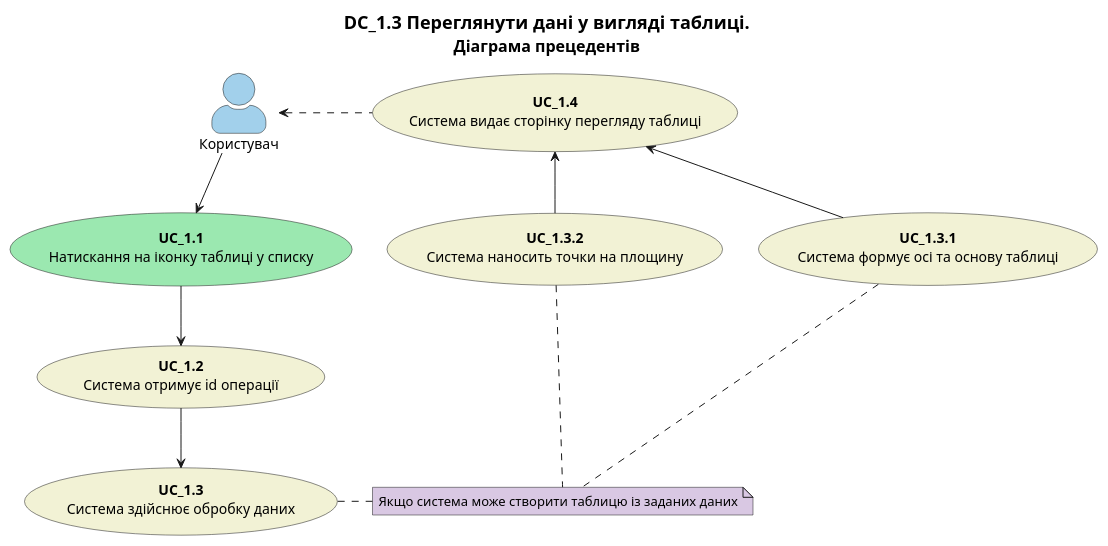
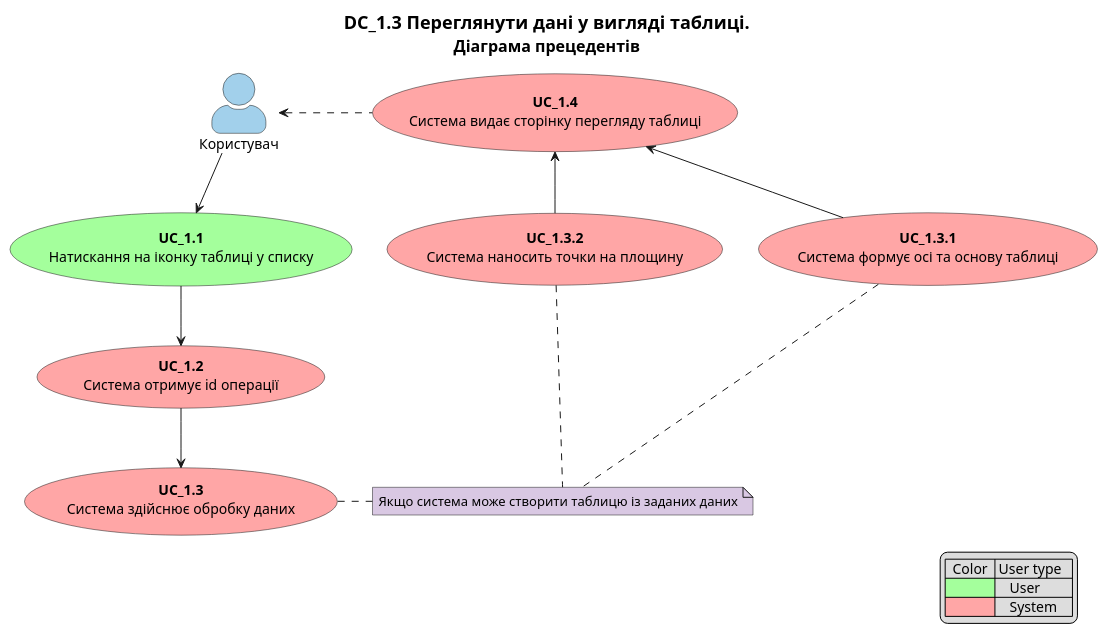
The eighth of 16 diagrams in docs/use cases/README.md (YanPetrov7/DB_REST_API), drawn with PlantUML before and after one commit. The commit also changed other lines of this file, not shown here.

Commit message:
docs: use cases colors & legend

```diff
--- a/docs/use cases/README.md
+++ b/docs/use cases/README.md
@@ -333,31 +345,37 @@
 @startuml
 
     title
         <font size=18 color=black>DC_1.3 Переглянути дані у вигляді таблиці.
         <font size=16 color=black>Діаграма прецедентів
     end title
 
+    legend right
+    |  Color  | User type   |
+    |<#a4ff9c>|    User     |
+    |<#ffa6a6>|    System   |
+    endlegend
+
     skinparam actorStyle awesome
 
     actor "Користувач" as User #a2d0eb
 
-    usecase "<b>UC_1.1</b>\nНатискання на іконку таблиці у списку" as S1 #9be8b0
-    usecase "<b>UC_1.2</b>\nСистема отримує id операції" as S2 #f2f2d5
-    usecase "<b>UC_1.3</b>\nСистема здійснює обробку даних" as S3 #f2f2d5
-    usecase "<b>UC_1.3.1</b>\nСистема формує осі та основу таблиці" as S4 #f2f2d5
-    usecase "<b>UC_1.3.2</b>\nСистема наносить точки на площину" as S5 #f2f2d5
-    usecase "<b>UC_1.4</b>\nСистема видає сторінку перегляду таблиці" as S6 #f2f2d5
+    usecase "<b>UC_1.1</b>\nНатискання на іконку таблиці у списку" as S1 #a4ff9c
+    usecase "<b>UC_1.2</b>\nСистема отримує id операції" as S2 #ffa6a6
+    usecase "<b>UC_1.3</b>\nСистема здійснює обробку даних" as S3 #ffa6a6
+    usecase "<b>UC_1.3.1</b>\nСистема формує осі та основу таблиці" as S4 #ffa6a6
+    usecase "<b>UC_1.3.2</b>\nСистема наносить точки на площину" as S5 #ffa6a6
+    usecase "<b>UC_1.4</b>\nСистема видає сторінку перегляду таблиці" as S6 #ffa6a6
 
     note "Якщо система може створити таблицю із заданих даних" as EX1 #d9c8e3
 
     User -down-> S1
     S1 -down-> S2
     S2 -right-> S3
     S3 .right.. EX1
     EX1 .up.. S4
     EX1 .up.. S5
     S4 -up-> S6
     S5 -up-> S6
     S6 -left.> User
 
 @enduml
```
